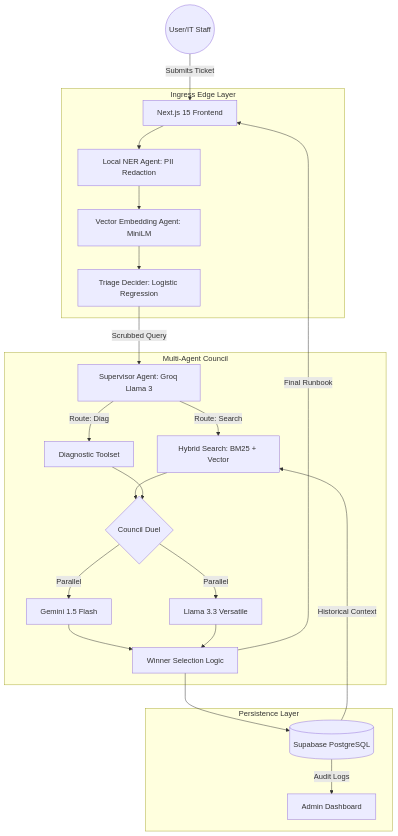
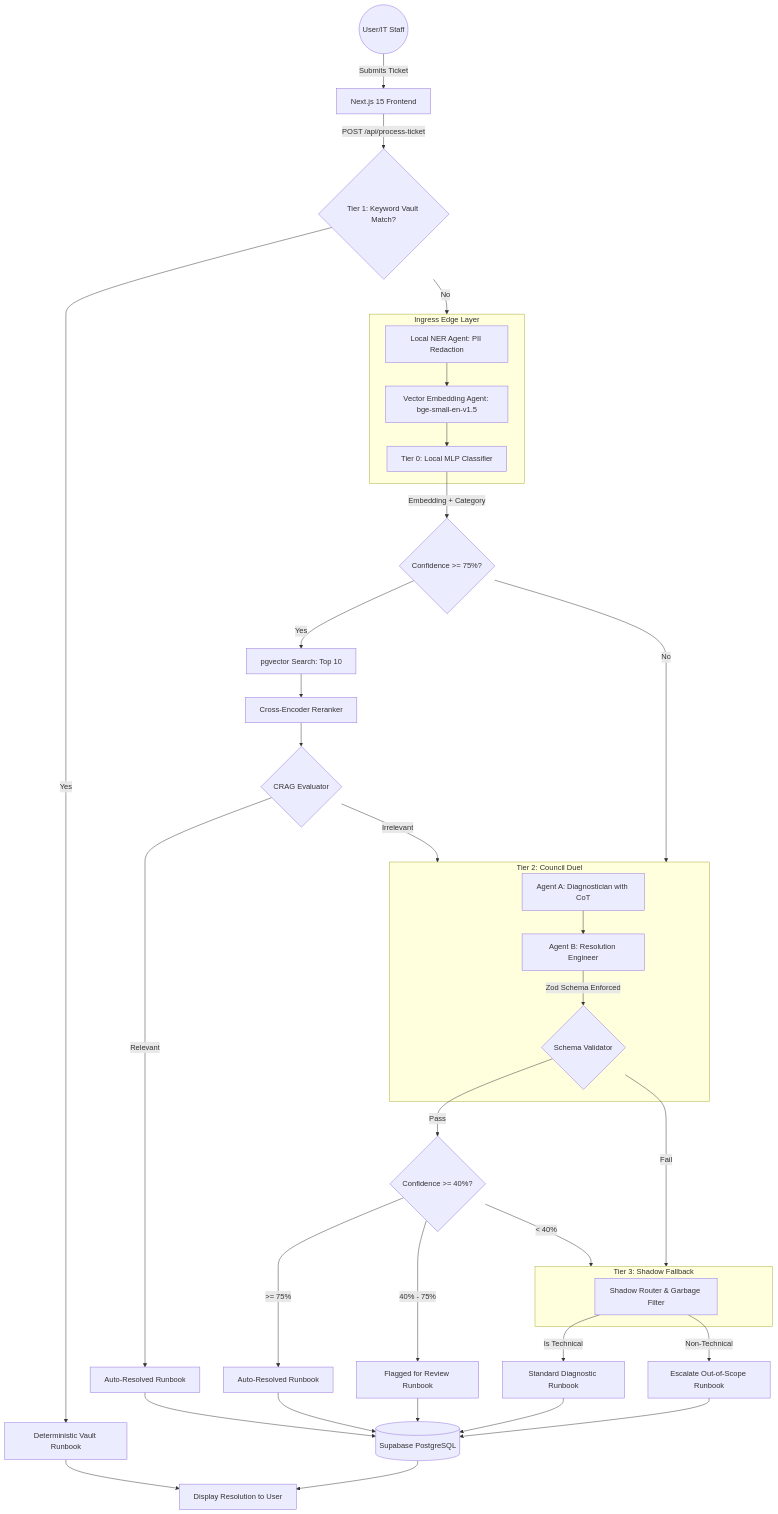
One commit to bitbroke/NASSCOM-helpdesk changed the first of 5 diagrams in PROJECT_DESCRIPTION.md. Above: the diagram before and after it, drawn with Mermaid. The commit also changed other lines of this file and 43 other files, not shown here.

Commit message:
feat: implement 4-tier triage pipeline, edge rate limiting, local MLP classifier, and mascot state synchronization

````diff
--- a/PROJECT_DESCRIPTION.md
+++ b/PROJECT_DESCRIPTION.md
@@ -16,30 +16,45 @@
 ```mermaid
 graph TD
     User((User/IT Staff)) -->|Submits Ticket| Ingress[Next.js 15 Frontend]
+    Ingress -->|POST /api/process-ticket| VaultCheck1{Tier 1: Keyword Vault Match?}
+    
+    VaultCheck1 -->|Yes| PreDefinedRunbook[Deterministic Vault Runbook]
+    VaultCheck1 -->|No| Edge_Layer
     
     subgraph Edge_Layer [Ingress Edge Layer]
-        Ingress --> NER[Local NER Agent: PII Redaction]
-        NER --> Embed[Vector Embedding Agent: MiniLM]
-        Embed --> LR[Triage Decider: Logistic Regression]
+        NER[Local NER Agent: PII Redaction] --> Embed[Vector Embedding Agent: bge-small-en-v1.5]
+        Embed --> MLP[Tier 0: Local MLP Classifier]
+    end
+    
+    PreDefinedRunbook --> ReturnUser[Display Resolution to User]
+
+    MLP -->|Embedding + Category| ConfCheck0{Confidence >= 75%?}
+    ConfCheck0 -->|Yes| VectorDB[pgvector Search: Top 10]
+    VectorDB --> Reranker[Cross-Encoder Reranker]
+    Reranker --> CRAG{CRAG Evaluator}
+    CRAG -->|Relevant| AutoResolve[Auto-Resolved Runbook]
+    CRAG -->|Irrelevant| Council_Layer
+    
+    ConfCheck0 -->|No| Council_Layer
+    
+    subgraph Council_Layer [Tier 2: Council Duel]
+        DiagAgent[Agent A: Diagnostician with CoT] --> ResAgent[Agent B: Resolution Engineer]
+        ResAgent -->|Zod Schema Enforced| Schema{Schema Validator}
+    end
+    
+    Schema -->|Pass| ConfCheck2{Confidence >= 40%?}
+    ConfCheck2 -->|>= 75%| FinalRunbook[Auto-Resolved Runbook]
+    ConfCheck2 -->|40% - 75%| ReviewRunbook[Flagged for Review Runbook]
+    ConfCheck2 -->|< 40%| Shadow_Layer
+    Schema -->|Fail| Shadow_Layer
+    
+    subgraph Shadow_Layer [Tier 3: Shadow Fallback]
+        ShadowRouter[Shadow Router & Garbage Filter]
     end
 
-    subgraph Council_Layer [Multi-Agent Council]
-        LR -->|Scrubbed Query| Supervisor[Supervisor Agent: Groq Llama 3]
-        Supervisor -->|Route: Search| RAG[Hybrid Search: BM25 + Vector]
-        Supervisor -->|Route: Diag| Tools[Diagnostic Toolset]
-        
-        RAG & Tools --> Duel{Council Duel}
-        Duel -->|Parallel| Gem[Gemini 1.5 Flash]
-        Duel -->|Parallel| Llama[Llama 3.3 Versatile]
-        
-        Gem & Llama --> Winner[Winner Selection Logic]
-    end
-
-    subgraph Persistence [Persistence Layer]
-        Winner --> DB[(Supabase PostgreSQL)]
-        DB -->|Historical Context| RAG
-        DB -->|Audit Logs| Dash[Admin Dashboard]
-    end
-
-    Winner -->|Final Runbook| Ingress
+    ShadowRouter -->|Is Technical| TechFallback[Standard Diagnostic Runbook]
+    ShadowRouter -->|Non-Technical| OutOfScope[Escalate Out-of-Scope Runbook]
+    
+    AutoResolve & FinalRunbook & ReviewRunbook & TechFallback & OutOfScope --> DB[(Supabase PostgreSQL)]
+    DB --> ReturnUser
 ```
````
